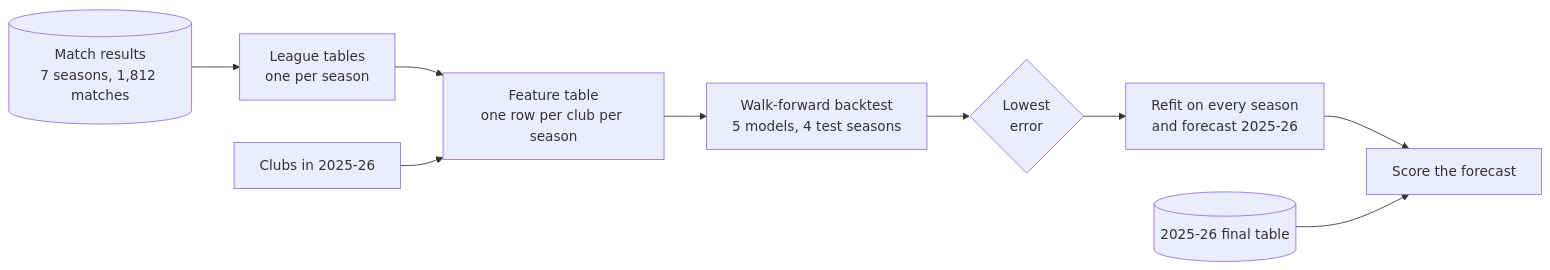
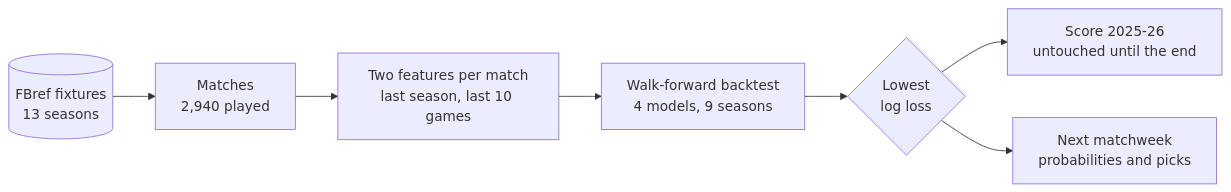
One commit to sal2049/saudi-pro-league-forecast changed the diagram in README.md. Above: the diagram before and after it, drawn with Mermaid. The commit also changed other lines of this file and 17 other files, not shown here.

````diff
--- a/README.md
+++ b/README.md
@@ -26,11 +27,9 @@
 ```mermaid
 flowchart LR
-    M[("Match results<br/>7 seasons, 1,812 matches")] --> T["League tables<br/>one per season"]
-    T --> F["Feature table<br/>one row per club per season"]
-    C["Clubs in 2025-26"] --> F
-    F --> B["Walk-forward backtest<br/>5 models, 4 test seasons"]
-    B --> S{"Lowest<br/>error"}
-    S --> P["Refit on every season<br/>and forecast 2025-26"]
-    P --> H["Score the forecast"]
-    R[("2025-26 final table")] --> H
+    S[("FBref fixtures<br/>13 seasons")] --> M["Matches<br/>2,940 played"]
+    M --> F["Two features per match<br/>last season, last 10 games"]
+    F --> B["Walk-forward backtest<br/>4 models, 9 seasons"]
+    B --> C{"Lowest<br/>log loss"}
+    C --> H["Score 2025-26<br/>untouched until the end"]
+    C --> W["Next matchweek<br/>probabilities and picks"]
 ```
````
